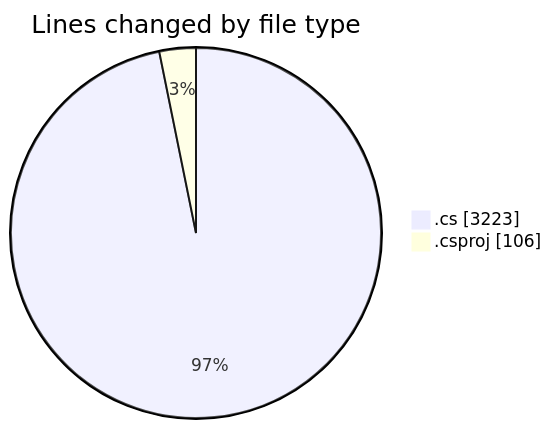
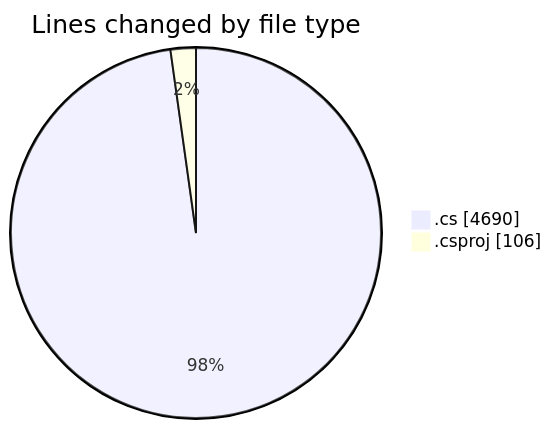
Before and after one commit to Netris89/code-tracking: the first of 2 diagrams in 2025-04-02/back-end/README.md, drawn with Mermaid. The commit also changed other lines of this file and 1 other file, not shown here.

````diff
--- a/2025-04-02/back-end/README.md
+++ b/2025-04-02/back-end/README.md
@@ -33,6 +33,6 @@
 ```mermaid
 pie showData
 title Lines changed by file type
-".cs" : 3223
+".cs" : 4690
 ".csproj" : 106
 ```
````
